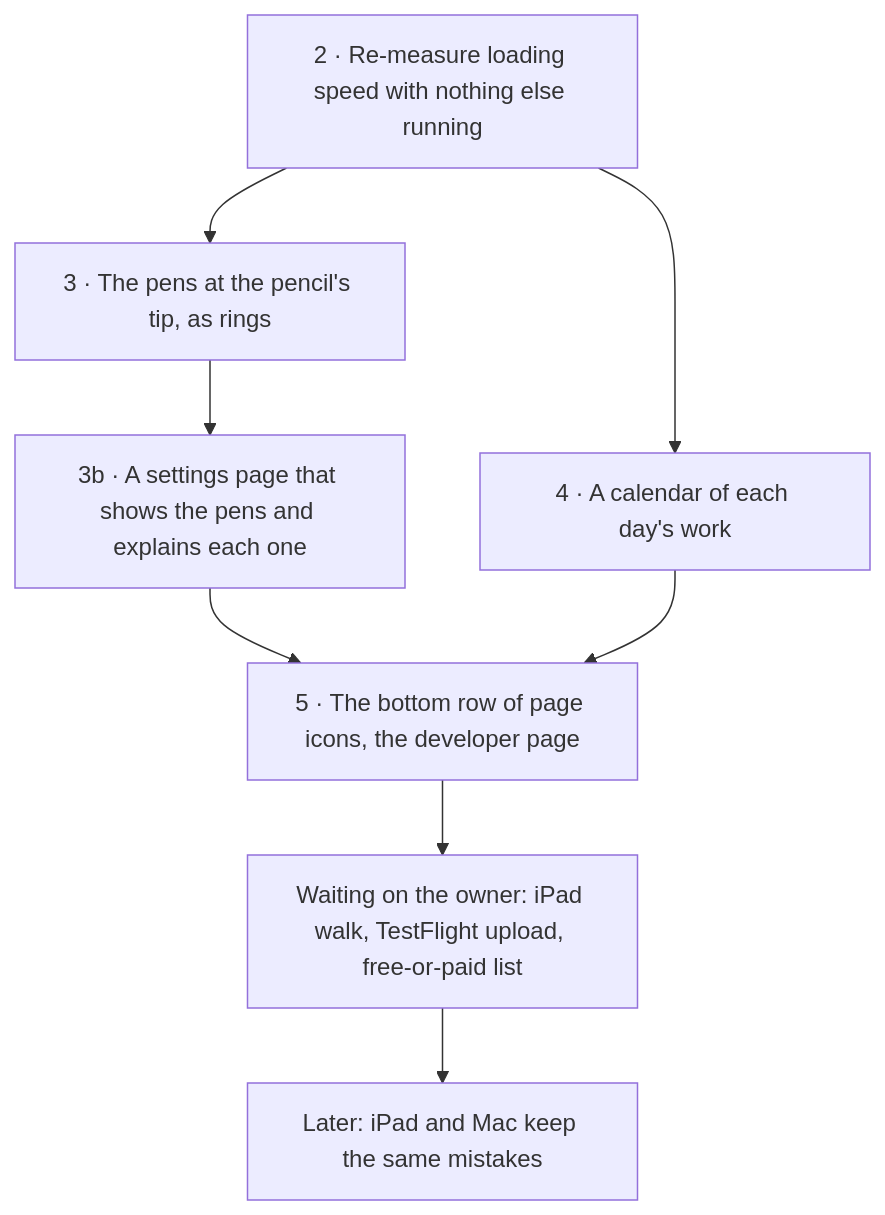
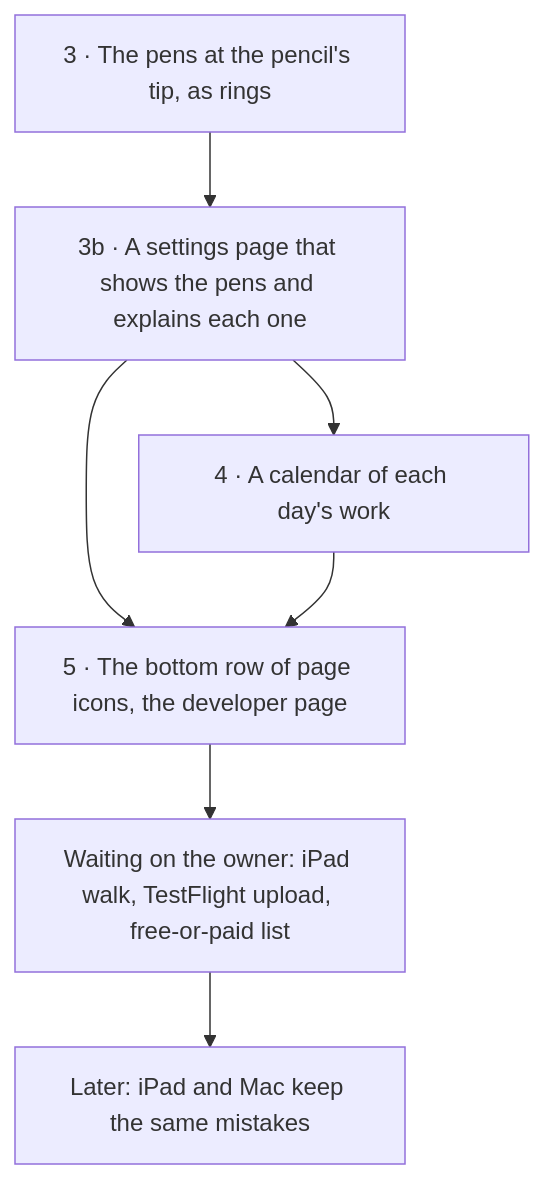
The diagram in .claude/plans/open-work-2026-11.md (omars-lab/hifth), drawn with Mermaid before and after one commit. The commit also changed other lines of this file and 14 other files, not shown here.

````diff
--- a/.claude/plans/open-work-2026-11.md
+++ b/.claude/plans/open-work-2026-11.md
@@ -20,10 +20,9 @@
 ```mermaid
 flowchart TD
-  B[2 · Re-measure loading speed with nothing else running] --> C[3 · The pens at the pencil's tip, as rings]
-  C --> C2[3b · A settings page that shows the pens and explains each one]
-  B --> D[4 · A calendar of each day's work]
+  C[3 · The pens at the pencil's tip, as rings] --> C2[3b · A settings page that shows the pens and explains each one]
+  C2 --> D[4 · A calendar of each day's work]
   C2 --> E[5 · The bottom row of page icons, the developer page]
   D --> E
   E --> F[Waiting on the owner: iPad walk, TestFlight upload, free-or-paid list]
   F --> G[Later: iPad and Mac keep the same mistakes]
 ```
````
